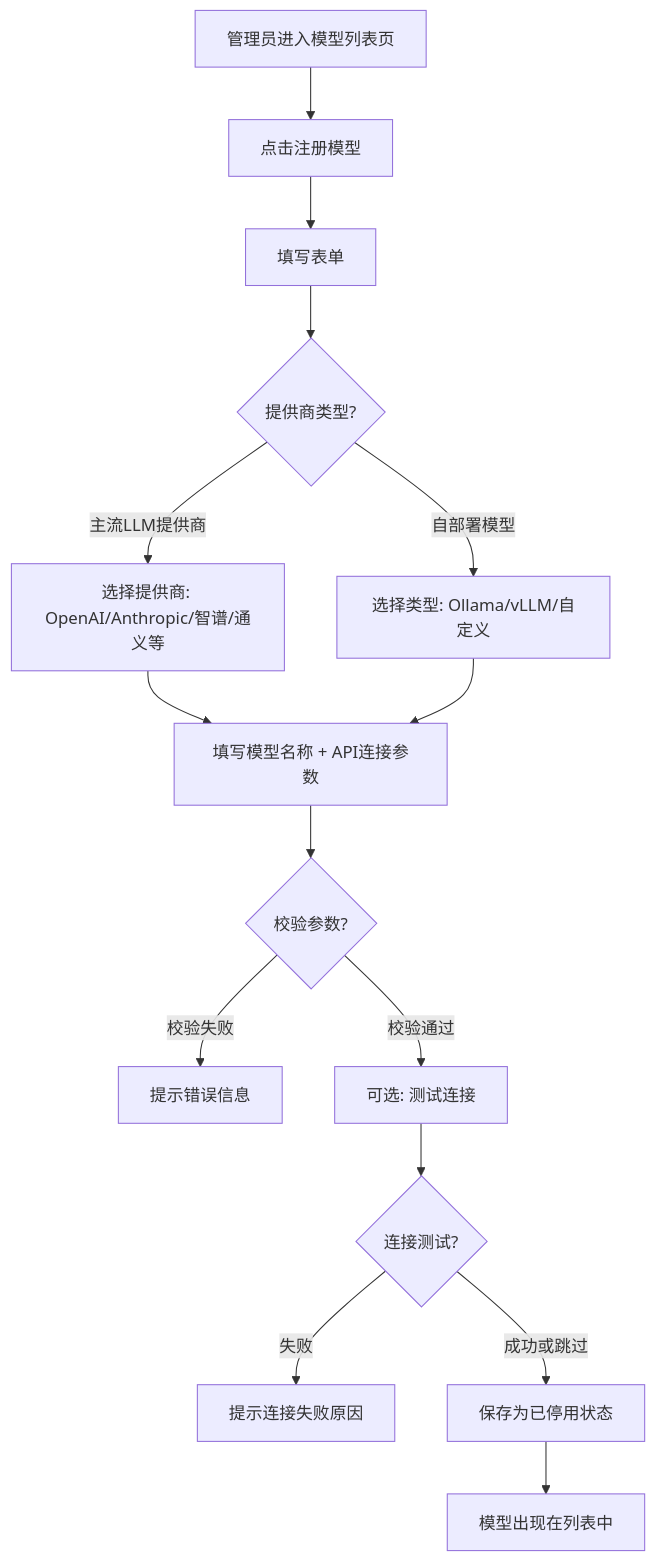
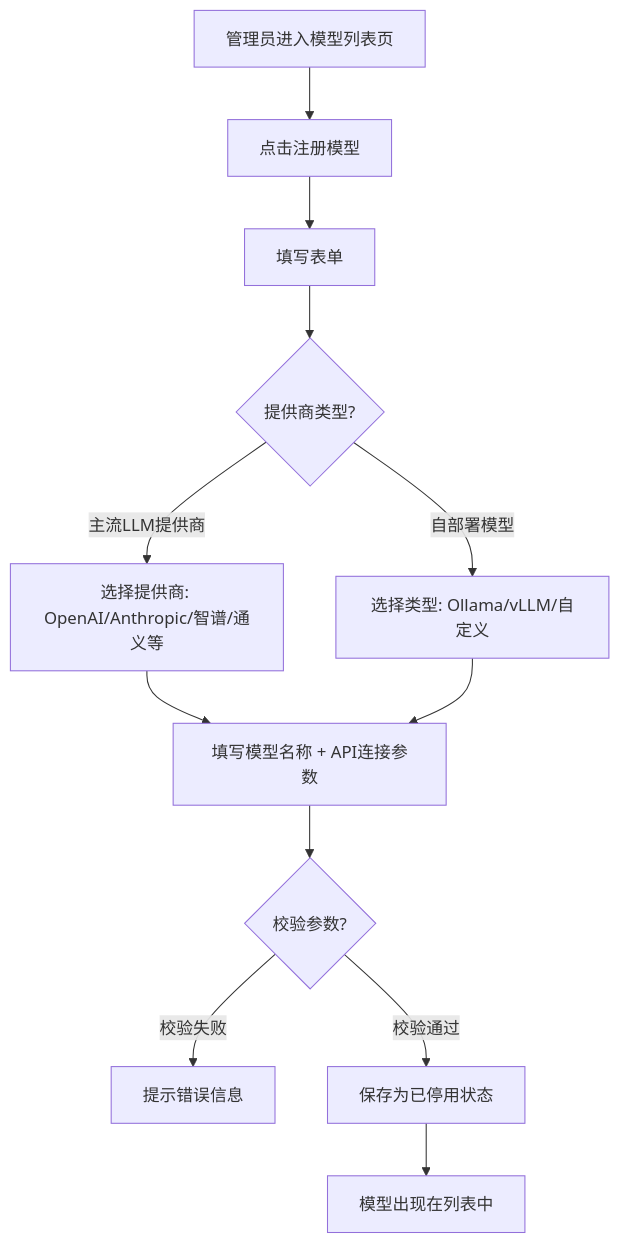
Before and after one commit to garry-wjl/GAgentManager: the second of 5 diagrams in doc/产品方案/2026-05-15_模型管理-PRD.md, drawn with Mermaid. The commit also changed other lines of this file and 14 other files, not shown here.

````diff
--- a/doc/产品方案/2026-05-15_模型管理-PRD.md
+++ b/doc/产品方案/2026-05-15_模型管理-PRD.md
@@ -89,17 +90,14 @@
 ```mermaid
 flowchart TD
     A[管理员进入模型列表页] --> B[点击注册模型]
     B --> C[填写表单]
     C --> D{提供商类型?}
     D -->|主流LLM提供商| E[选择提供商: OpenAI/Anthropic/智谱/通义等]
     D -->|自部署模型| F[选择类型: Ollama/vLLM/自定义]
     E --> G[填写模型名称 + API连接参数]
     F --> G
     G --> H{校验参数?}
     H -->|校验失败| I[提示错误信息]
-    H -->|校验通过| J[可选: 测试连接]
-    J --> K{连接测试?}
-    K -->|失败| L[提示连接失败原因]
-    K -->|成功或跳过| M[保存为已停用状态]
+    H -->|校验通过| M[保存为已停用状态]
     M --> N[模型出现在列表中]
 ```
````
